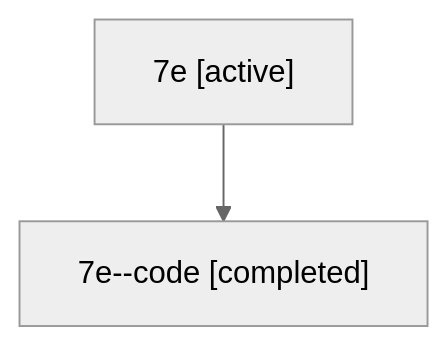
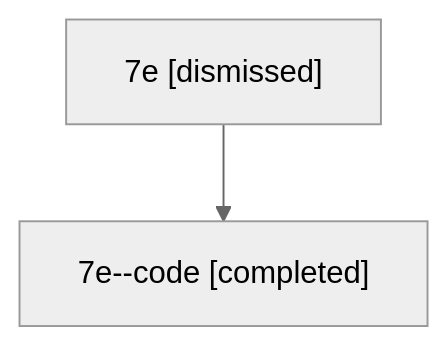
The diagram in sessions/bbugyi200.athena.7e.md (sase-org/sase--agents), drawn with Mermaid (neutral theme) before and after one commit. The commit also changed other lines of this file and 26 other files, not shown here.

````diff
--- a/sessions/bbugyi200.athena.7e.md
+++ b/sessions/bbugyi200.athena.7e.md
@@ -9,6 +9,6 @@
 ```mermaid
 flowchart TD
-  n0["7e [active]"]
+  n0["7e [dismissed]"]
   n1["7e--code [completed]"]
   n0 --> n1
 ```
````
